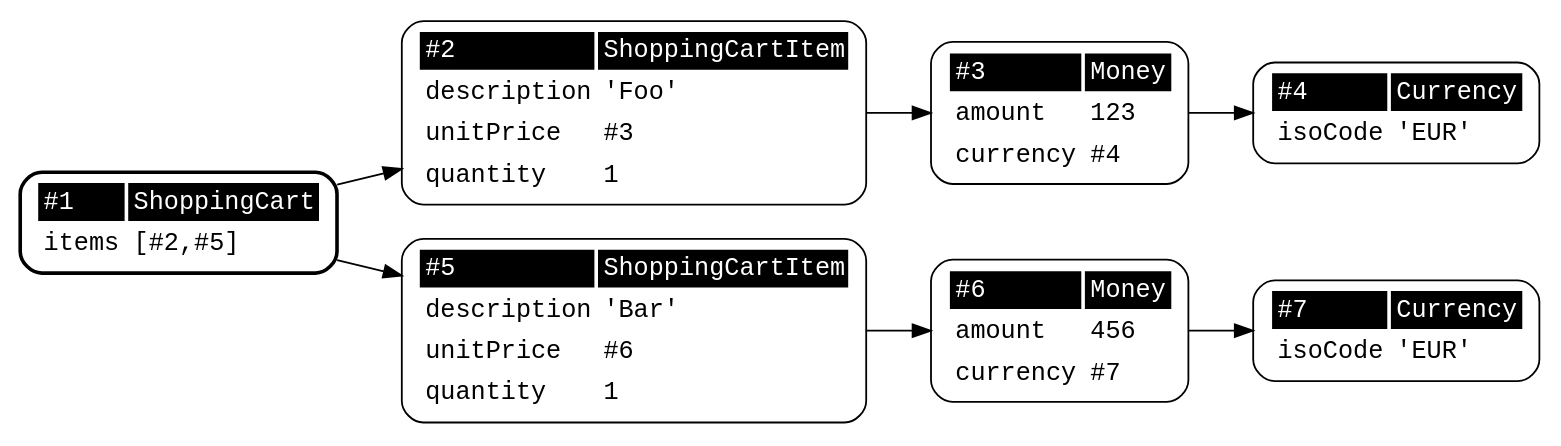
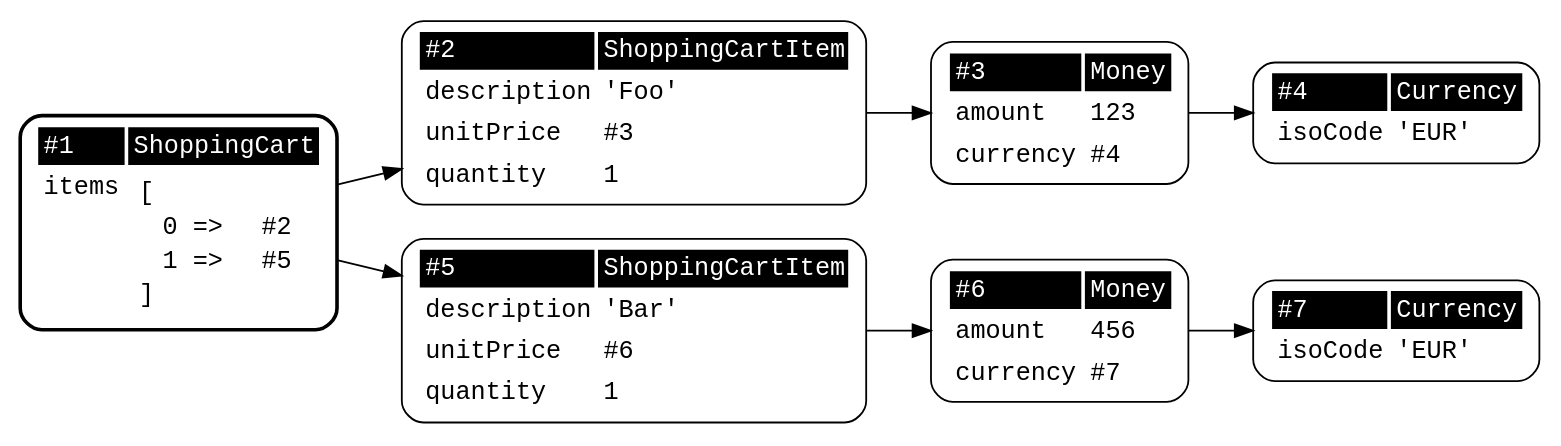
Before and after one commit to sebastianbergmann/object-graph: the diagram in example/example.dot, drawn with Graphviz. The commit also changed 5 other files, not shown here.

```diff
--- a/example/example.dot
+++ b/example/example.dot
@@ -1,19 +1,19 @@
 digraph G {
     graph [fontsize=30 labelloc="t" label="" splines=true overlap=false rankdir = "LR"];
     ratio = auto;
 
-    "object1" [style="filled,bold", penwidth="2", fillcolor="white", fontname="Courier New", shape="Mrecord", label=<<table border="0" cellborder="0" cellpadding="3" bgcolor="white"><tr><td bgcolor="black" align="left"><font color="white">#1</font></td><td bgcolor="black" align="right"><font color="white">ShoppingCart</font></td></tr><tr><td align="left">items</td><td align="left">[#2,#5]</td></tr></table>>];
-    "object2" [style="filled,bold", penwidth="1", fillcolor="white", fontname="Courier New", shape="Mrecord", label=<<table border="0" cellborder="0" cellpadding="3" bgcolor="white"><tr><td bgcolor="black" align="left"><font color="white">#2</font></td><td bgcolor="black" align="right"><font color="white">ShoppingCartItem</font></td></tr><tr><td align="left">description</td><td align="left">'Foo'</td></tr><tr><td align="left">unitPrice</td><td align="left">#3</td></tr><tr><td align="left">quantity</td><td align="left">1</td></tr></table>>];
-    "object3" [style="filled,bold", penwidth="1", fillcolor="white", fontname="Courier New", shape="Mrecord", label=<<table border="0" cellborder="0" cellpadding="3" bgcolor="white"><tr><td bgcolor="black" align="left"><font color="white">#3</font></td><td bgcolor="black" align="right"><font color="white">Money</font></td></tr><tr><td align="left">amount</td><td align="left">123</td></tr><tr><td align="left">currency</td><td align="left">#4</td></tr></table>>];
-    "object4" [style="filled,bold", penwidth="1", fillcolor="white", fontname="Courier New", shape="Mrecord", label=<<table border="0" cellborder="0" cellpadding="3" bgcolor="white"><tr><td bgcolor="black" align="left"><font color="white">#4</font></td><td bgcolor="black" align="right"><font color="white">Currency</font></td></tr><tr><td align="left">isoCode</td><td align="left">'EUR'</td></tr></table>>];
-    "object5" [style="filled,bold", penwidth="1", fillcolor="white", fontname="Courier New", shape="Mrecord", label=<<table border="0" cellborder="0" cellpadding="3" bgcolor="white"><tr><td bgcolor="black" align="left"><font color="white">#5</font></td><td bgcolor="black" align="right"><font color="white">ShoppingCartItem</font></td></tr><tr><td align="left">description</td><td align="left">'Bar'</td></tr><tr><td align="left">unitPrice</td><td align="left">#6</td></tr><tr><td align="left">quantity</td><td align="left">1</td></tr></table>>];
-    "object6" [style="filled,bold", penwidth="1", fillcolor="white", fontname="Courier New", shape="Mrecord", label=<<table border="0" cellborder="0" cellpadding="3" bgcolor="white"><tr><td bgcolor="black" align="left"><font color="white">#6</font></td><td bgcolor="black" align="right"><font color="white">Money</font></td></tr><tr><td align="left">amount</td><td align="left">456</td></tr><tr><td align="left">currency</td><td align="left">#7</td></tr></table>>];
-    "object7" [style="filled,bold", penwidth="1", fillcolor="white", fontname="Courier New", shape="Mrecord", label=<<table border="0" cellborder="0" cellpadding="3" bgcolor="white"><tr><td bgcolor="black" align="left"><font color="white">#7</font></td><td bgcolor="black" align="right"><font color="white">Currency</font></td></tr><tr><td align="left">isoCode</td><td align="left">'EUR'</td></tr></table>>];
+    "object1" [style="filled,bold", penwidth="2", fillcolor="white", fontname="Courier New", shape="Mrecord", label=<<table border="0" cellborder="0" cellpadding="3" bgcolor="white"><tr><td bgcolor="black" align="left"><font color="white">#1</font></td><td bgcolor="black" align="right"><font color="white">ShoppingCart</font></td></tr><tr><td align="left" valign="top">items</td><td align="left" valign="top"><table border="0" cellborder="0" cellpadding="1" bgcolor="white"><tr><td align="left" valign="top" colspan="3">&#91;</td></tr><tr><td></td><td align="left" valign="top">0 =&gt; </td><td align="left" valign="top">#2</td></tr><tr><td></td><td align="left" valign="top">1 =&gt; </td><td align="left" valign="top">#5</td></tr><tr><td align="left" valign="top" colspan="3">&#93;</td></tr></table></td></tr></table>>];
+    "object2" [style="filled,bold", penwidth="1", fillcolor="white", fontname="Courier New", shape="Mrecord", label=<<table border="0" cellborder="0" cellpadding="3" bgcolor="white"><tr><td bgcolor="black" align="left"><font color="white">#2</font></td><td bgcolor="black" align="right"><font color="white">ShoppingCartItem</font></td></tr><tr><td align="left" valign="top">description</td><td align="left" valign="top">'Foo'</td></tr><tr><td align="left" valign="top">unitPrice</td><td align="left" valign="top">#3</td></tr><tr><td align="left" valign="top">quantity</td><td align="left" valign="top">1</td></tr></table>>];
+    "object3" [style="filled,bold", penwidth="1", fillcolor="white", fontname="Courier New", shape="Mrecord", label=<<table border="0" cellborder="0" cellpadding="3" bgcolor="white"><tr><td bgcolor="black" align="left"><font color="white">#3</font></td><td bgcolor="black" align="right"><font color="white">Money</font></td></tr><tr><td align="left" valign="top">amount</td><td align="left" valign="top">123</td></tr><tr><td align="left" valign="top">currency</td><td align="left" valign="top">#4</td></tr></table>>];
+    "object4" [style="filled,bold", penwidth="1", fillcolor="white", fontname="Courier New", shape="Mrecord", label=<<table border="0" cellborder="0" cellpadding="3" bgcolor="white"><tr><td bgcolor="black" align="left"><font color="white">#4</font></td><td bgcolor="black" align="right"><font color="white">Currency</font></td></tr><tr><td align="left" valign="top">isoCode</td><td align="left" valign="top">'EUR'</td></tr></table>>];
+    "object5" [style="filled,bold", penwidth="1", fillcolor="white", fontname="Courier New", shape="Mrecord", label=<<table border="0" cellborder="0" cellpadding="3" bgcolor="white"><tr><td bgcolor="black" align="left"><font color="white">#5</font></td><td bgcolor="black" align="right"><font color="white">ShoppingCartItem</font></td></tr><tr><td align="left" valign="top">description</td><td align="left" valign="top">'Bar'</td></tr><tr><td align="left" valign="top">unitPrice</td><td align="left" valign="top">#6</td></tr><tr><td align="left" valign="top">quantity</td><td align="left" valign="top">1</td></tr></table>>];
+    "object6" [style="filled,bold", penwidth="1", fillcolor="white", fontname="Courier New", shape="Mrecord", label=<<table border="0" cellborder="0" cellpadding="3" bgcolor="white"><tr><td bgcolor="black" align="left"><font color="white">#6</font></td><td bgcolor="black" align="right"><font color="white">Money</font></td></tr><tr><td align="left" valign="top">amount</td><td align="left" valign="top">456</td></tr><tr><td align="left" valign="top">currency</td><td align="left" valign="top">#7</td></tr></table>>];
+    "object7" [style="filled,bold", penwidth="1", fillcolor="white", fontname="Courier New", shape="Mrecord", label=<<table border="0" cellborder="0" cellpadding="3" bgcolor="white"><tr><td bgcolor="black" align="left"><font color="white">#7</font></td><td bgcolor="black" align="right"><font color="white">Currency</font></td></tr><tr><td align="left" valign="top">isoCode</td><td align="left" valign="top">'EUR'</td></tr></table>>];
 
     object1 -> object2;
     object1 -> object5;
     object2 -> object3;
     object3 -> object4;
     object5 -> object6;
     object6 -> object7;
 }
```
